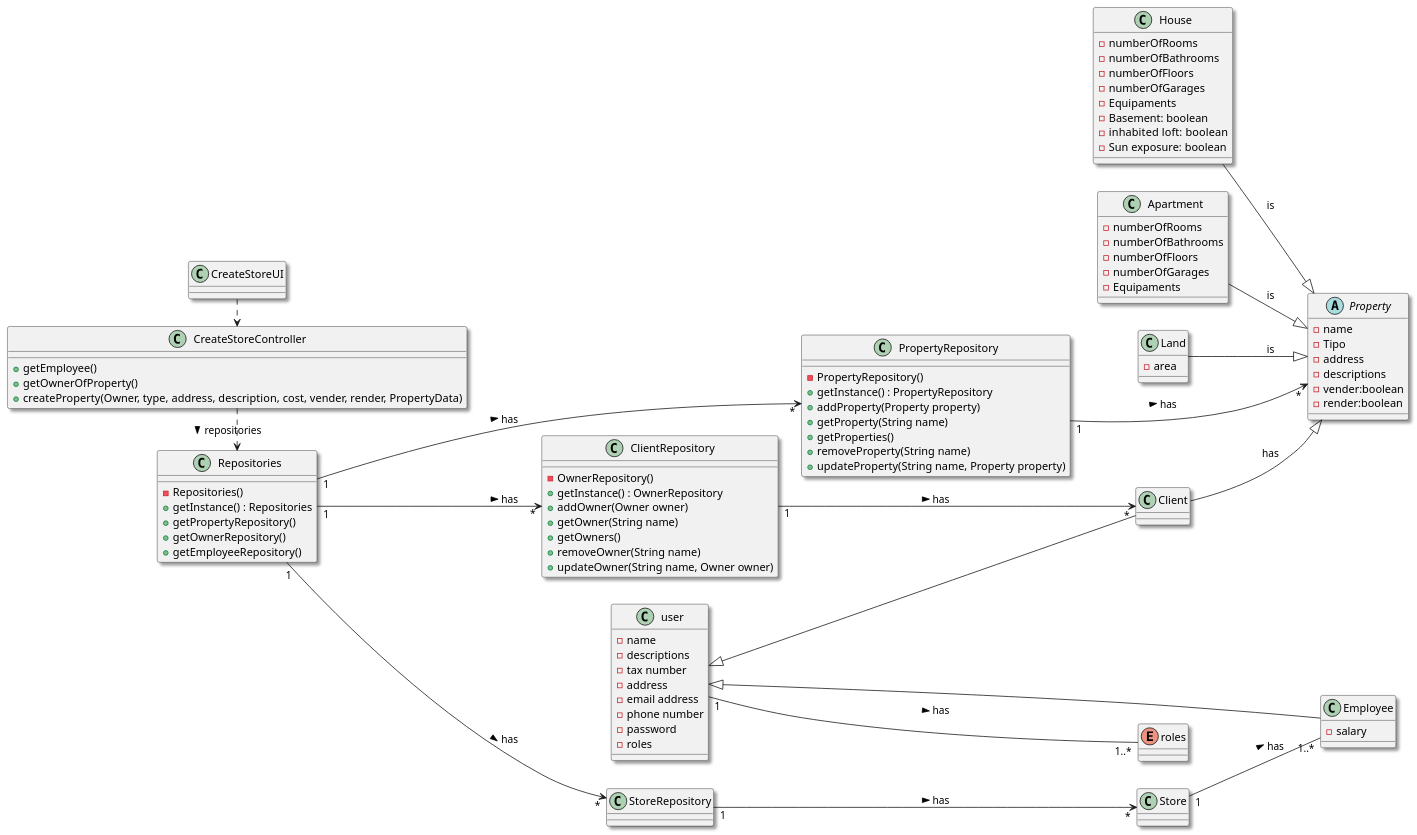
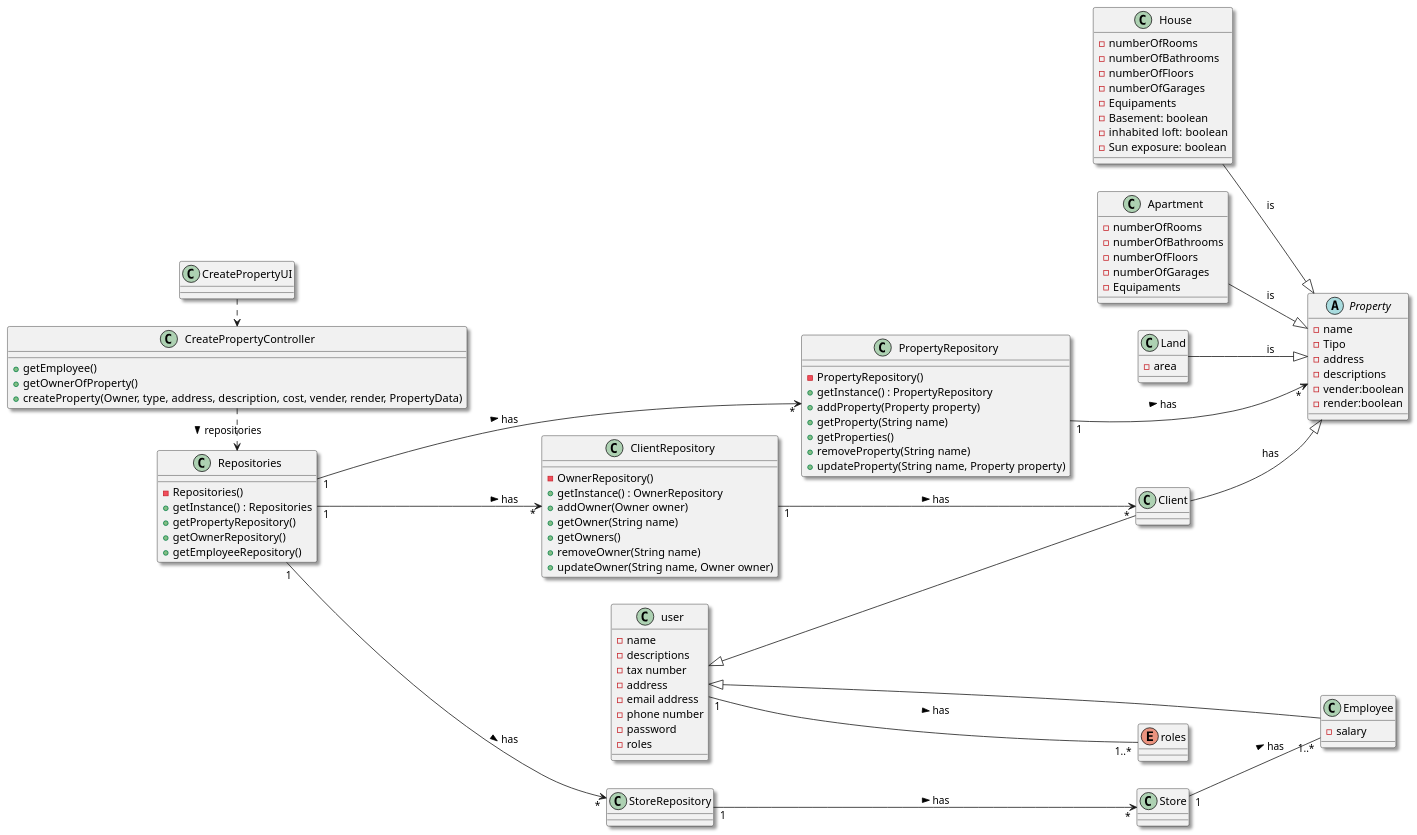
Before and after one commit to hugosilva2901/lei-22-s2-1DO-g68: the diagram in lei-22-s2-1do-g68/docs/SprintB/us004/03.design/puml/us004-class-diagram.puml, drawn with PlantUML. The commit also changed 4 other files, not shown here.

Commit message:
update on the US004 src without mistakes and class diagram

```diff
--- a/lei-22-s2-1do-g68/docs/SprintB/us004/03.design/puml/us004-class-diagram.puml
+++ b/lei-22-s2-1do-g68/docs/SprintB/us004/03.design/puml/us004-class-diagram.puml
@@ -1,123 +1,123 @@
 @startuml
 'https://plantuml.com/class-diagram
 skinparam monochrome false
 skinparam packageStyle rectangle
 skinparam shadowing true
 top to bottom direction
 left to right direction
 
-class CreateStoreUI{
+class CreatePropertyUI{
 }
 
-class CreateStoreController{
+class CreatePropertyController{
    + getEmployee()
    + getOwnerOfProperty()
    + createProperty(Owner, type, address, description, cost, vender, render, PropertyData)
 }
 
 class user{
     - name
     - descriptions
     - tax number
     - address
     - email address
     - phone number
     - password
     - roles
 
 }
 
 enum roles{
 
 }
 
 class Client extends user{
 }
 
 class Employee extends user{
     -salary
 }
 
 abstract class Property {
     - name
     - Tipo
     - address
     - descriptions
     - vender:boolean
     - render:boolean
 }
 
 class Repositories {
     - Repositories()
     + getInstance() : Repositories
     + getPropertyRepository()
     + getOwnerRepository()
     + getEmployeeRepository()
 
 }
 
 class PropertyRepository {
     - PropertyRepository()
     + getInstance() : PropertyRepository
     + addProperty(Property property)
     + getProperty(String name)
     + getProperties()
     + removeProperty(String name)
     + updateProperty(String name, Property property)
 }
 
 class ClientRepository {
     - OwnerRepository()
     + getInstance() : OwnerRepository
     + addOwner(Owner owner)
     + getOwner(String name)
     + getOwners()
     + removeOwner(String name)
     + updateOwner(String name, Owner owner)
 }
 
 class StoreRepository{
 
 }
 
 class House{
     - numberOfRooms
     - numberOfBathrooms
     - numberOfFloors
     - numberOfGarages
     - Equipaments
     - Basement: boolean
     - inhabited  loft: boolean
     - Sun exposure: boolean
 }
 
 class Apartment{
     - numberOfRooms
     - numberOfBathrooms
     - numberOfFloors
     - numberOfGarages
     - Equipaments
 
 }
 class Land{
     - area
 }
 
 
-CreateStoreUI .> CreateStoreController
-CreateStoreController .> Repositories : repositories >
+CreatePropertyUI .> CreatePropertyController
+CreatePropertyController .> Repositories : repositories >
 Repositories "1" --> "*" PropertyRepository : has >
 Repositories "1" --> "*" ClientRepository : has >
 Repositories "1" --> "*" StoreRepository : has >
 PropertyRepository "1" --> "*" Property : has >
 ClientRepository "1" --> "*" Client : has >
 StoreRepository "1" --> "*" Store : has >
 Store "1"--"1..*" Employee : has >
 user "1"--"1..*" roles : has >
 House  --|>  Property  : is
 Apartment  --|>  Property : is
 Land  --|>  Property : is
 Client --|> Property : has
 
 
 @enduml
```
